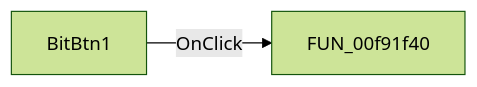
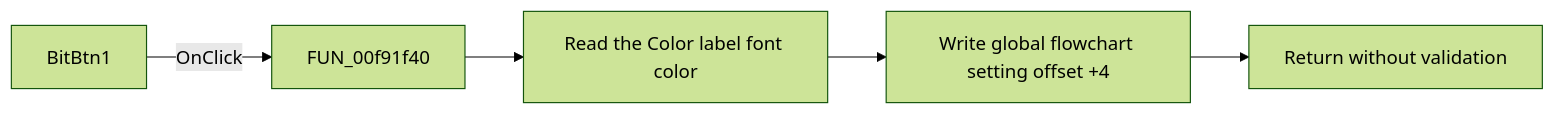
One commit to MovGP0/TIARA changed the diagram in docs/ui-controls/dlgflowchartoptions/bitbtn1-7e3c544418.md. Above: the diagram before and after it, drawn with Mermaid (forest theme). The commit also changed other lines of this file and 387 other files, not shown here.

````diff
--- a/docs/ui-controls/dlgflowchartoptions/bitbtn1-7e3c544418.md
+++ b/docs/ui-controls/dlgflowchartoptions/bitbtn1-7e3c544418.md
@@ -27,4 +29,7 @@
 ```mermaid
 flowchart LR
     control["BitBtn1"] -->|OnClick| handler["FUN_00f91f40"]
+    handler --> readPreview["Read the Color label font color"]
+    readPreview --> commitSetting["Write global flowchart setting offset +4"]
+    commitSetting --> returnNode["Return without validation"]
 ```
````
